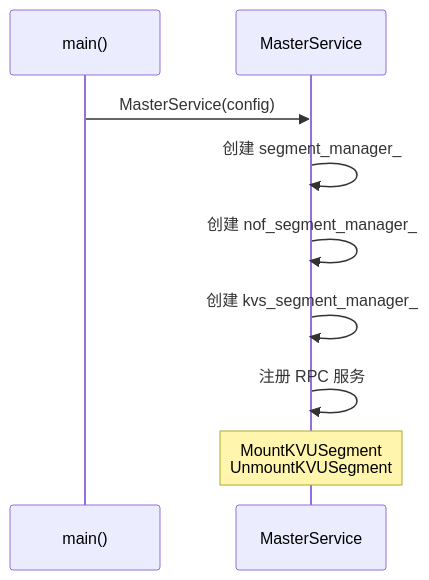
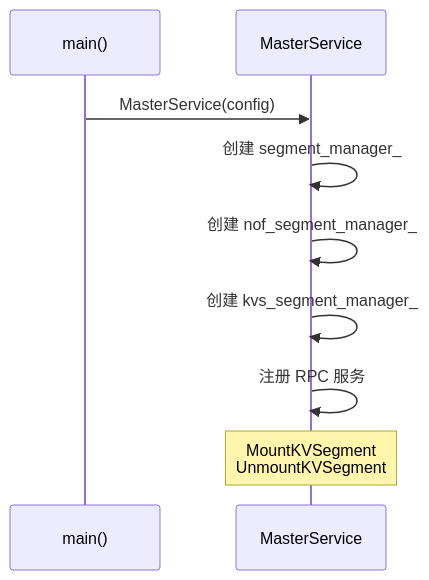
One commit to yz53665/Mooncake changed the third of 10 diagrams in mooncake-store/docs/KVUSegment_design.md. Above: the diagram before and after it, drawn with Mermaid. The commit also changed other lines of this file, not shown here.

````diff
--- a/mooncake-store/docs/KVUSegment_design.md
+++ b/mooncake-store/docs/KVUSegment_design.md
@@ -195,12 +204,12 @@
 ```mermaid
 sequenceDiagram
     participant Main as main()
     participant MS as MasterService
 
     Main->>MS: MasterService(config)
     MS->>MS: 创建 segment_manager_
     MS->>MS: 创建 nof_segment_manager_
     MS->>MS: 创建 kvs_segment_manager_
     MS->>MS: 注册 RPC 服务
-    Note over MS: MountKVUSegment<br/>UnmountKVUSegment
+    Note over MS: MountKVSegment<br/>UnmountKVSegment
 ```
````
